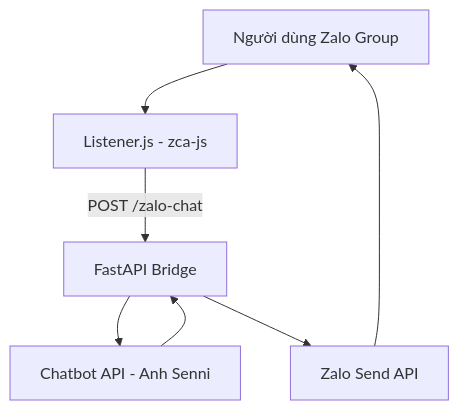
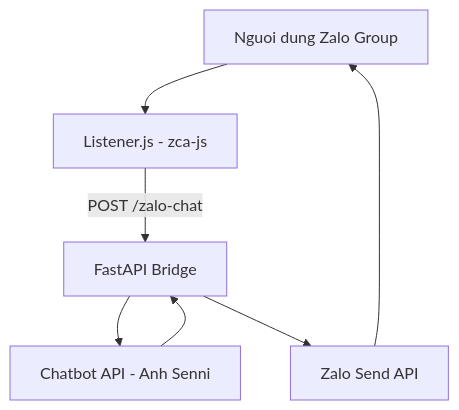
One commit to Hainguyen752004/bimatnho changed the diagram in README.md. Above: the diagram before and after it, drawn with Mermaid. The commit also changed other lines of this file, not shown here.

````diff
--- a/README.md
+++ b/README.md
@@ -26,9 +26,9 @@
 ```mermaid
 flowchart TD
-    A[Người dùng Zalo Group] --> B[Listener.js - zca-js]
+    A[Nguoi dung Zalo Group] --> B[Listener.js - zca-js]
     B -->|POST /zalo-chat| C[FastAPI Bridge]
     C --> D[Chatbot API - Anh Senni]
     D --> C
     C --> E[Zalo Send API]
     E --> A
 ```
````
